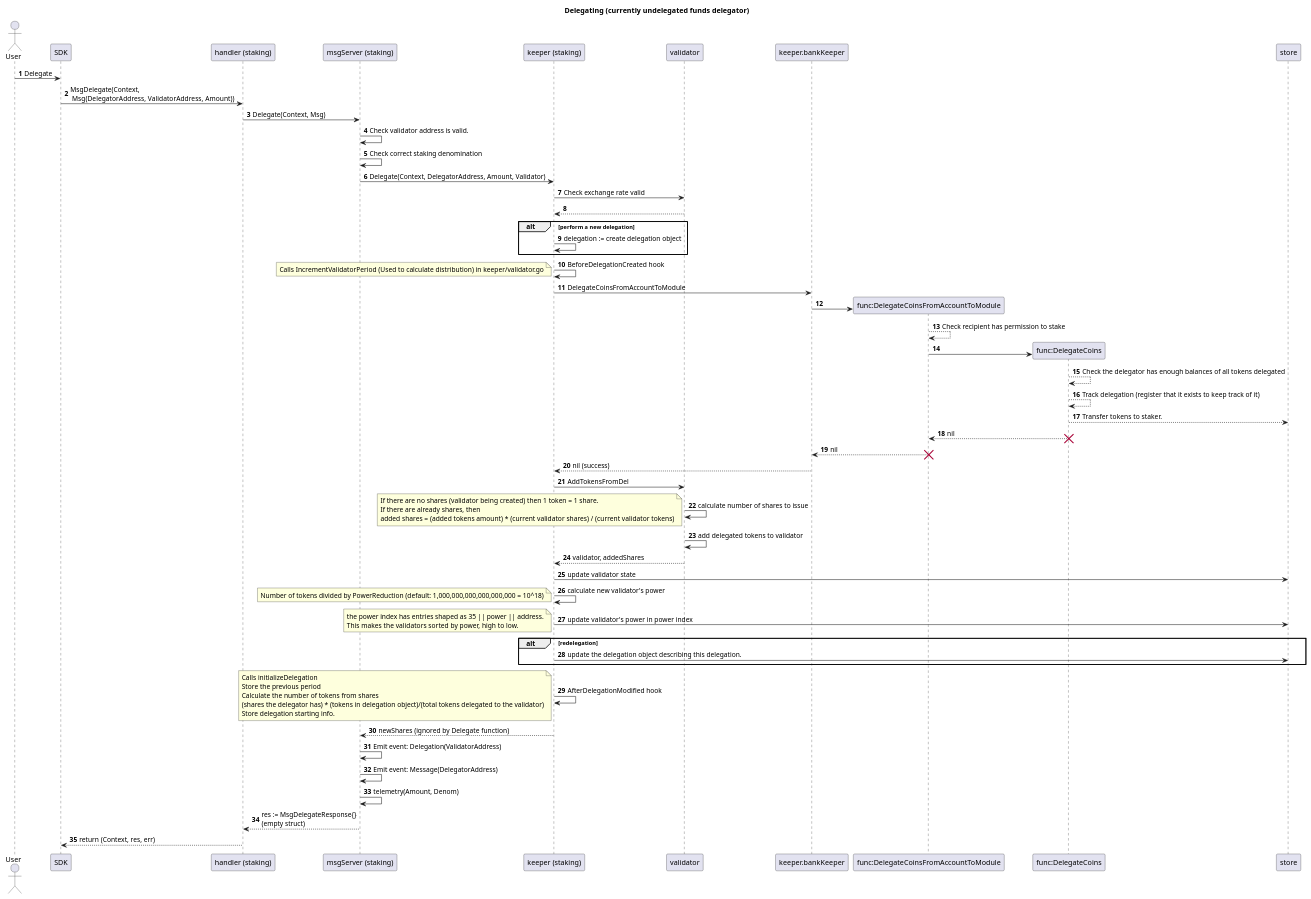
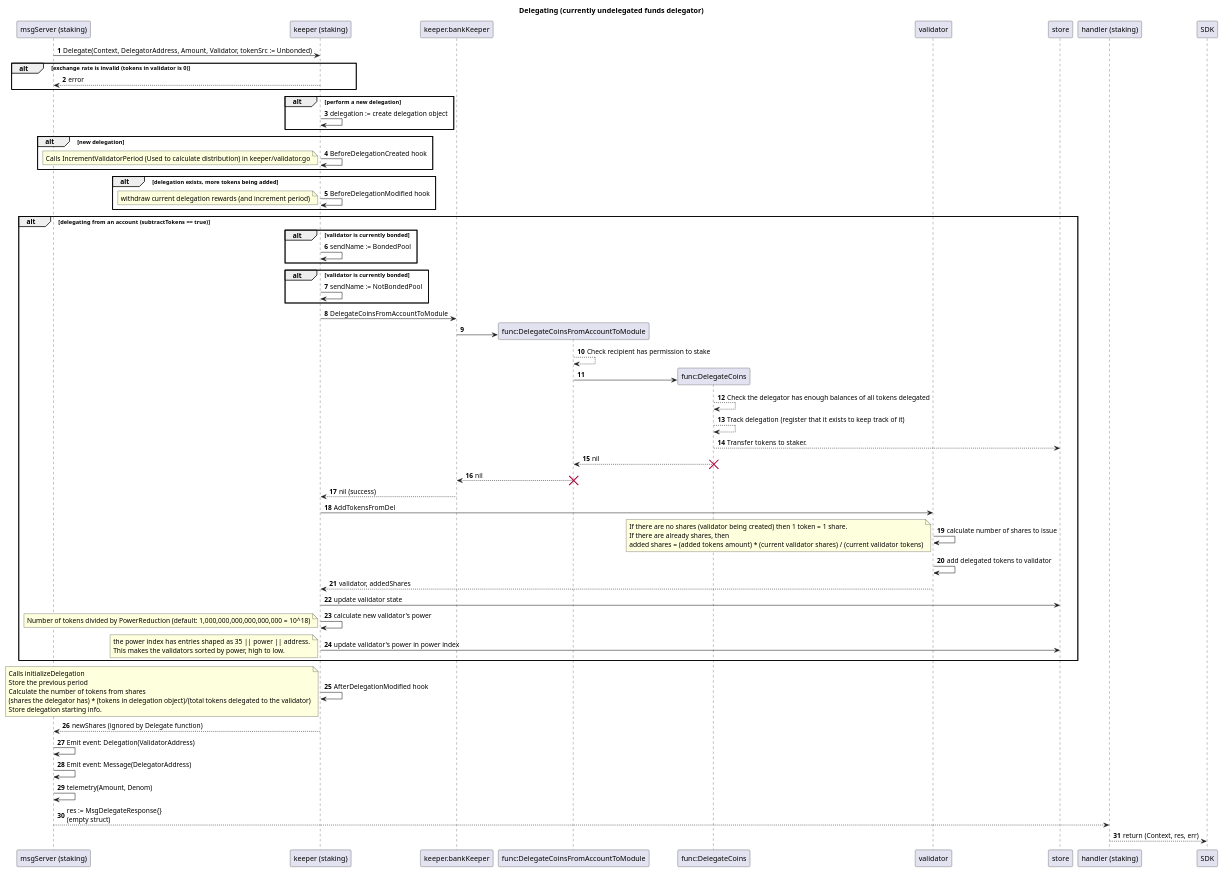
One commit to cosmos/cosmos-sdk changed the diagram in x/staking/spec/delegation_sequence.puml. Above: the diagram before and after it, drawn with PlantUML.

Commit message:
Delegation updates

```diff
--- a/x/staking/spec/delegation_sequence.puml
+++ b/x/staking/spec/delegation_sequence.puml
@@ -1,65 +1,75 @@
 @startuml
 'https://plantuml.com/sequence-diagram
 
 title: Delegating (currently undelegated funds delegator)
 autonumber
 
-actor User
-User -> SDK : Delegate
-SDK -> "handler (staking)": MsgDelegate(Context, \n Msg(DelegatorAddress,  ValidatorAddress, Amount))
-"handler (staking)" -> "msgServer (staking)" : Delegate(Context, Msg)
-"msgServer (staking)" -> "msgServer (staking)" : Check validator address is valid.
-"msgServer (staking)" -> "msgServer (staking)" : Check correct staking denomination
+participant "msgServer (staking)"
 participant  "keeper (staking)" as keeper
-"msgServer (staking)" -> keeper : Delegate(Context, DelegatorAddress, Amount, Validator)
+"msgServer (staking)" -> keeper : Delegate(Context, DelegatorAddress, Amount, Validator, tokenSrc := Unbonded)
 
-    keeper ->  validator : Check exchange rate valid
-    keeper <-- validator :
+alt exchange rate is invalid (tokens in validator is 0)
+    keeper -->  "msgServer (staking)" : error
+end
+
 alt perform a new delegation
     keeper -> keeper : delegation := create delegation object
 end
 
-keeper -> keeper : BeforeDelegationCreated hook
-note left: Calls IncrementValidatorPeriod (Used to calculate distribution) in keeper/validator.go
+alt new delegation
+    keeper -> keeper : BeforeDelegationCreated hook
+    note left: Calls IncrementValidatorPeriod (Used to calculate distribution) in keeper/validator.go
+end
+alt delegation exists, more tokens being added
+    keeper -> keeper : BeforeDelegationModified hook
+    note left: withdraw current delegation rewards (and increment period)
+end
+
+alt delegating from an account (subtractTokens == true)
+    alt validator is currently bonded
+        keeper -> keeper : sendName := BondedPool
+    end
+    alt validator is currently bonded
+        keeper -> keeper : sendName := NotBondedPool
+    end
 
 keeper -> keeper.bankKeeper : DelegateCoinsFromAccountToModule
 keeper.bankKeeper -> "func:DelegateCoinsFromAccountToModule" as DelegateCoinsFromAccountToModule **
 DelegateCoinsFromAccountToModule -->  DelegateCoinsFromAccountToModule  : Check recipient has permission to stake
 DelegateCoinsFromAccountToModule ->  "func:DelegateCoins" as DelegateCoins **
 DelegateCoins --> DelegateCoins : Check the delegator has enough balances of all tokens delegated
 DelegateCoins --> DelegateCoins : Track delegation (register that it exists to keep track of it)
 DelegateCoins --> store : Transfer tokens to staker.
 DelegateCoins --> DelegateCoinsFromAccountToModule : nil
 destroy DelegateCoins
 keeper.bankKeeper <-- DelegateCoinsFromAccountToModule: nil
 destroy DelegateCoinsFromAccountToModule
 keeper <-- keeper.bankKeeper : nil (success)
 keeper -> validator : AddTokensFromDel
 validator -> validator : calculate number of shares to issue
 note left: If there are no shares (validator being created) then 1 token = 1 share.\nIf there are already shares, then\nadded shares =  (added tokens amount) * (current validator shares) / (current validator tokens)
 
 'TODO: Find right keyword.
 database store
 
 validator -> validator : add delegated tokens to validator
 keeper <-- validator : validator, addedShares
 keeper -> store : update validator state
 keeper -> keeper: calculate new validator's power
 note left : Number of tokens divided by PowerReduction (default: 1,000,000,000,000,000,000 = 10^18)
 keeper -> store : update validator's power in power index
 note left : the power index has entries shaped as 35 || power || address.\nThis makes the validators sorted by power, high to low.
-alt redelegation
-    keeper -> store : update the delegation object describing this delegation.
 end
+
 keeper -> keeper : AfterDelegationModified hook
 note left: Calls initializeDelegation\nStore the previous period\nCalculate the number of tokens from shares\n(shares the delegator has) * (tokens in delegation object)/(total tokens delegated to the validator)\nStore delegation starting info.
 "msgServer (staking)" <-- keeper : newShares (ignored by Delegate function)
 
 
 "msgServer (staking)" -> "msgServer (staking)" : Emit event: Delegation(ValidatorAddress)
 "msgServer (staking)" -> "msgServer (staking)" : Emit event: Message(DelegatorAddress)
 "msgServer (staking)" -> "msgServer (staking)" : telemetry(Amount, Denom)
 "handler (staking)" <-- "msgServer (staking)" : res := MsgDelegateResponse{}\n(empty struct)
 SDK <-- "handler (staking)": return (Context, res, err)
 
 @enduml
```
